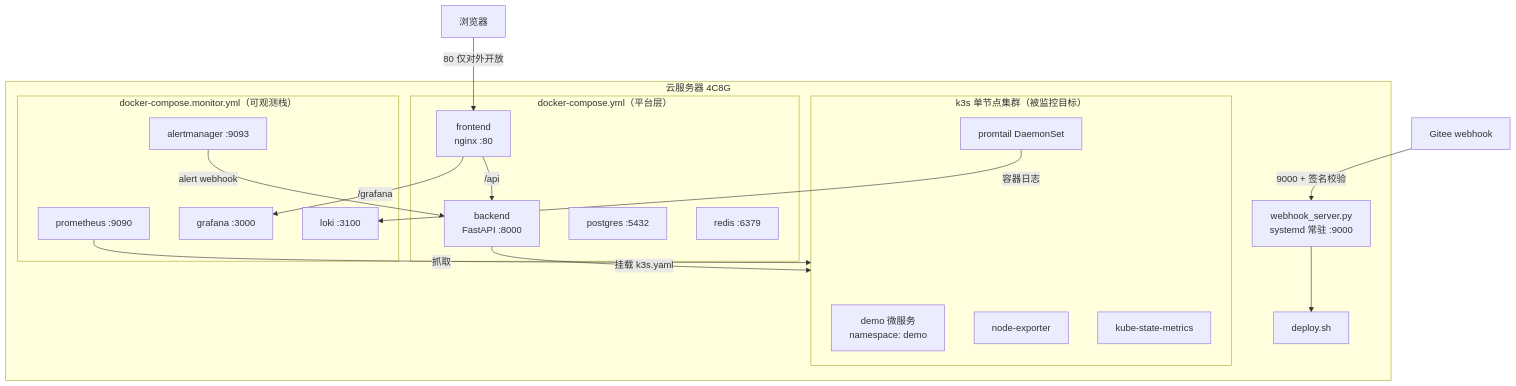
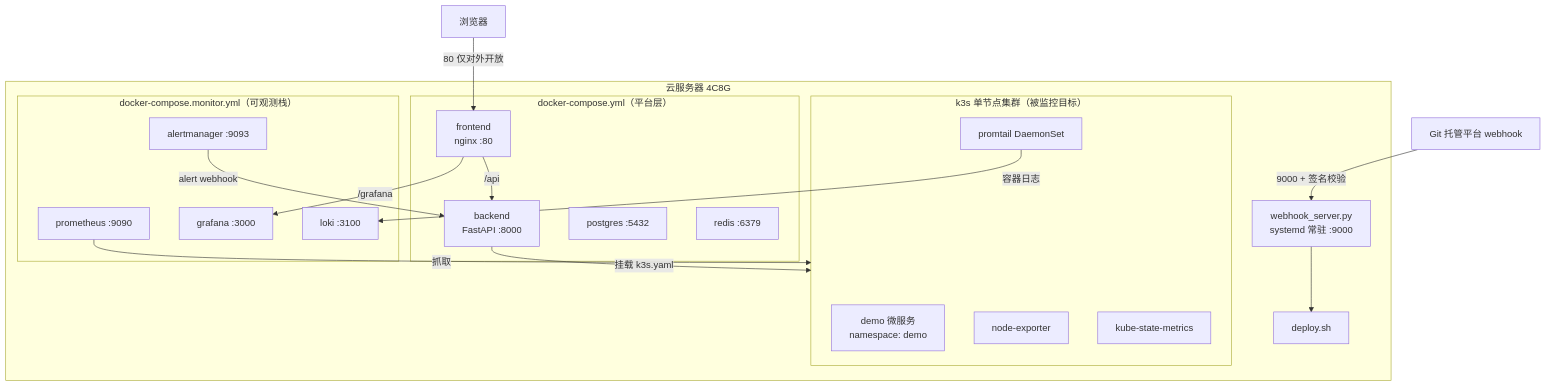
Before and after one commit to nobodycse/kairos: the second of 5 diagrams in docs/architecture.md, drawn with Mermaid. The commit also changed other lines of this file and 9 other files, not shown here.

Commit message:
docs(migration): 仓库主托管迁至 GitHub——clone 地址与 webhook 文案双平台化（接收器本就兼容 X-Hub-Signature-256）

````diff
--- a/docs/architecture.md
+++ b/docs/architecture.md
@@ -124,38 +124,38 @@
 ```mermaid
 flowchart TB
     subgraph SERVER["云服务器 4C8G"]
         WH["webhook_server.py<br/>systemd 常驻 :9000"]
         DEPLOY["deploy.sh"]
 
         subgraph K3S["k3s 单节点集群（被监控目标）"]
             DEMO["demo 微服务<br/>namespace: demo"]
             NE["node-exporter"]
             KSM["kube-state-metrics"]
             PT["promtail DaemonSet"]
         end
 
         subgraph COMPOSE_APP["docker-compose.yml（平台层）"]
             NGINX["frontend<br/>nginx :80"]
             BE["backend<br/>FastAPI :8000"]
             PGR["postgres :5432"]
             RDS["redis :6379"]
         end
 
         subgraph COMPOSE_MON["docker-compose.monitor.yml（可观测栈）"]
             PROM2["prometheus :9090"]
             AM["alertmanager :9093"]
             GRAF2["grafana :3000"]
             LOKI2["loki :3100"]
         end
     end
 
     USER["浏览器"] -->|"80 仅对外开放"| NGINX
     NGINX -->|"/api"| BE
     NGINX -->|"/grafana"| GRAF2
-    GITEE["Gitee webhook"] -->|"9000 + 签名校验"| WH
+    GIT["Git 托管平台 webhook"] -->|"9000 + 签名校验"| WH
     WH --> DEPLOY
     BE -->|"挂载 k3s.yaml"| K3S
     PROM2 -->|"抓取"| K3S
     PT -->|"容器日志"| LOKI2
     AM -->|"alert webhook"| BE
 ```
````
